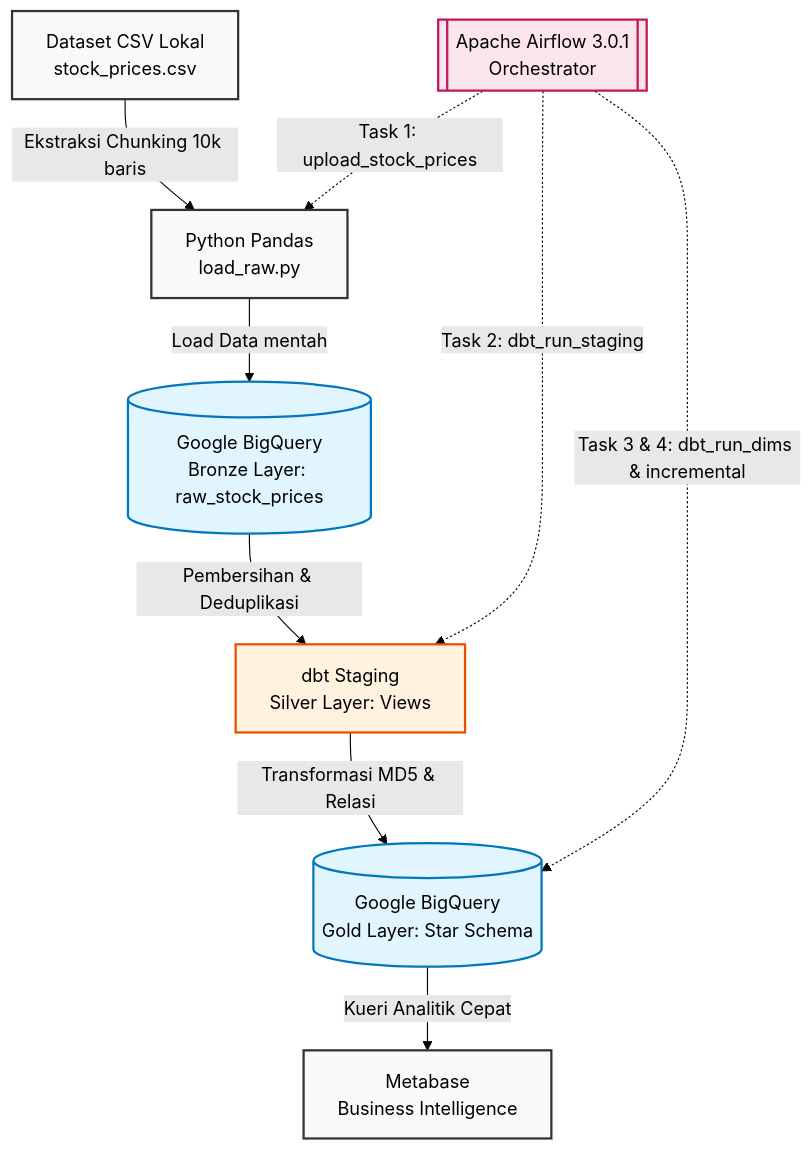
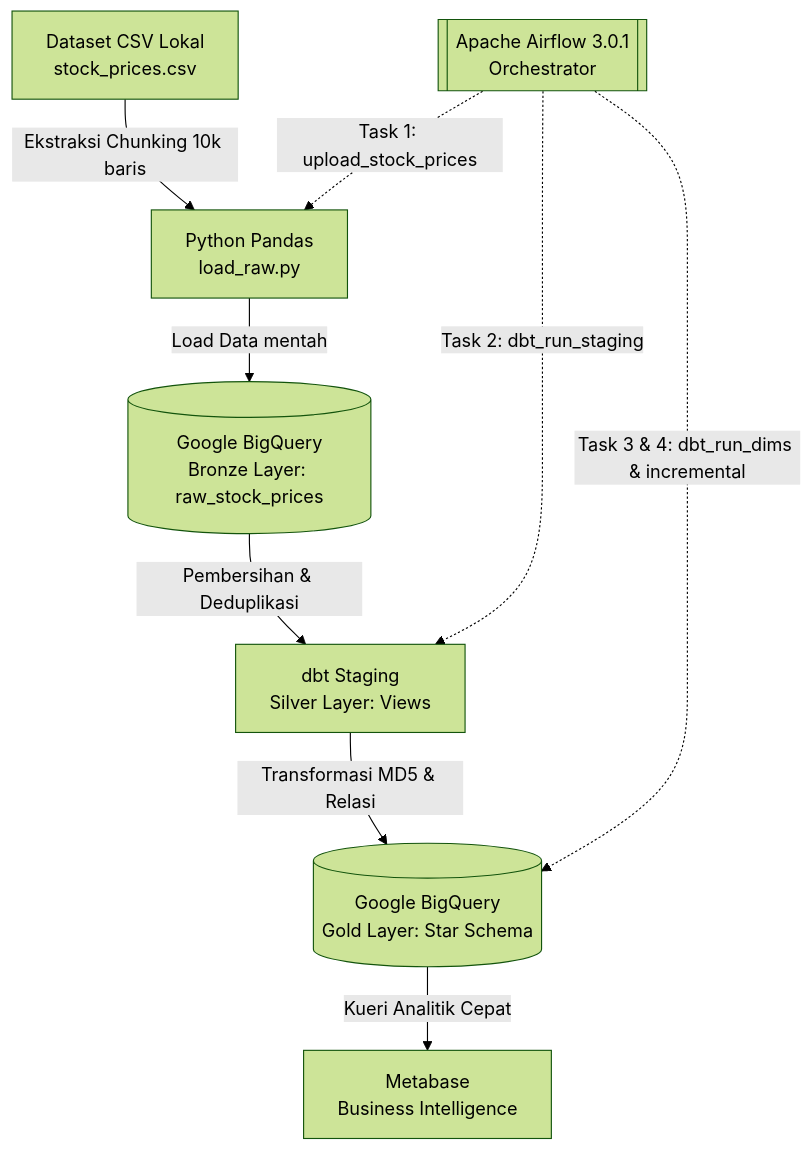
The diagram in README.md (EvelynnnKH/DE_ALP), drawn with Mermaid (forest theme) before and after one commit.

Commit message:
docs: finalize end-to-end pipeline architecture, README, and dbt models

````diff
--- a/README.md
+++ b/README.md
@@ -19,33 +19,28 @@
 ```mermaid
 graph TD
 
 %% Komponen Infrastruktur
 CSV[Dataset CSV Lokal<br/>stock_prices.csv]
 Airflow[[Apache Airflow 3.0.1<br/>Orchestrator]]
 Python[Python Pandas<br/>load_raw.py]
 BQ_Raw[(Google BigQuery<br/>Bronze Layer: raw_stock_prices)]
 DBT_Staging[dbt Staging<br/>Silver Layer: Views]
 DBT_Marts[(Google BigQuery<br/>Gold Layer: Star Schema)]
 Metabase[Metabase<br/>Business Intelligence]
 
 %% Alur Data Utama
 CSV -->|Ekstraksi Chunking 10k baris| Python
 Python -->|Load Data mentah| BQ_Raw
 BQ_Raw -->|Pembersihan & Deduplikasi| DBT_Staging
 DBT_Staging -->|Transformasi MD5 & Relasi| DBT_Marts
 DBT_Marts -->|Kueri Analitik Cepat| Metabase
 
 %% Alur Orkestrasi (Garis putus-putus)
 Airflow -.->|Task 1: upload_stock_prices| Python
 Airflow -.->|Task 2: dbt_run_staging| DBT_Staging
 Airflow -.->|Task 3 & 4: dbt_run_dims & incremental| DBT_Marts
 
-classDef default fill:#f9f9f9,stroke:#333,stroke-width:2px;
-classDef db fill:#e1f5fe,stroke:#0277bd,stroke-width:2px;
-classDef airflow fill:#fce4ec,stroke:#c2185b,stroke-width:2px;
-classDef dbt fill:#fff3e0,stroke:#e65100,stroke-width:2px;
-
 class BQ_Raw,DBT_Marts db;
 class Airflow airflow;
 class DBT_Staging dbt;
 ```
````
